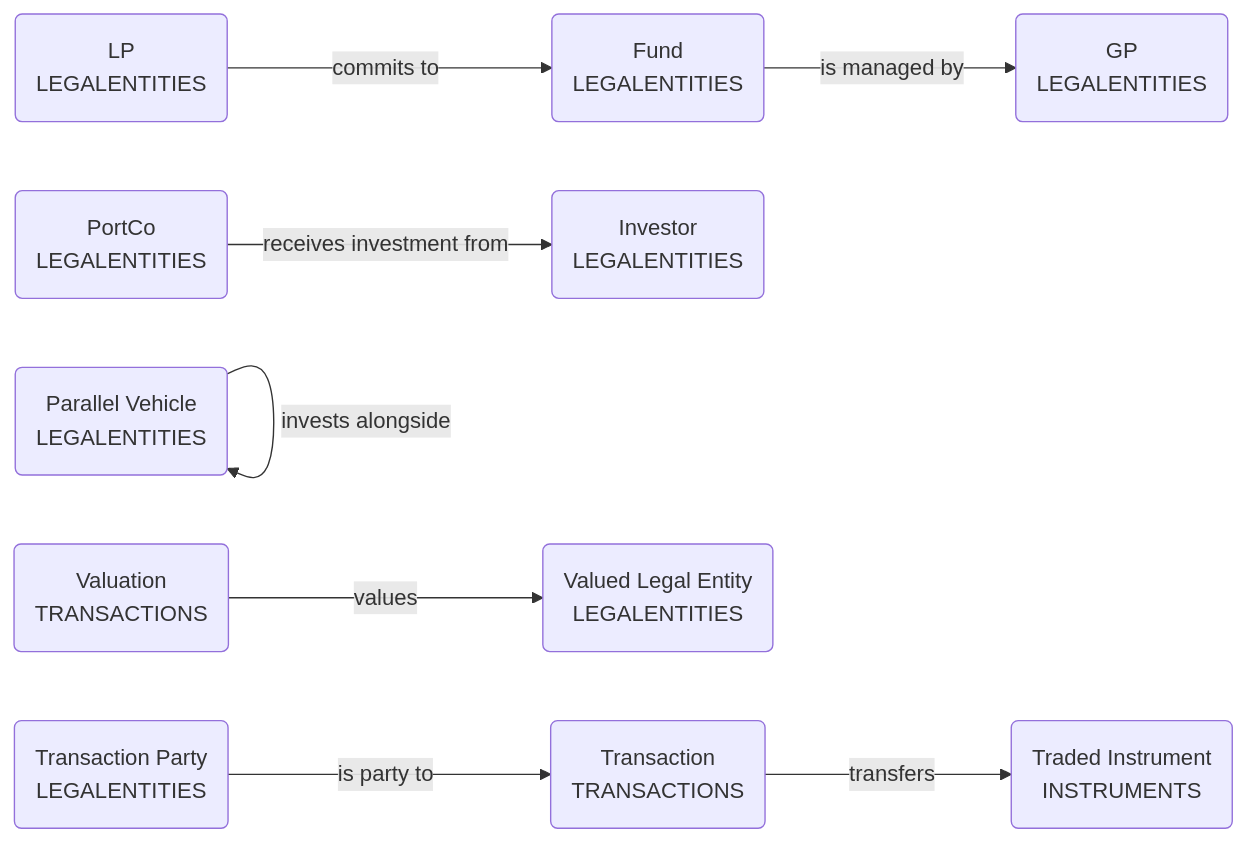
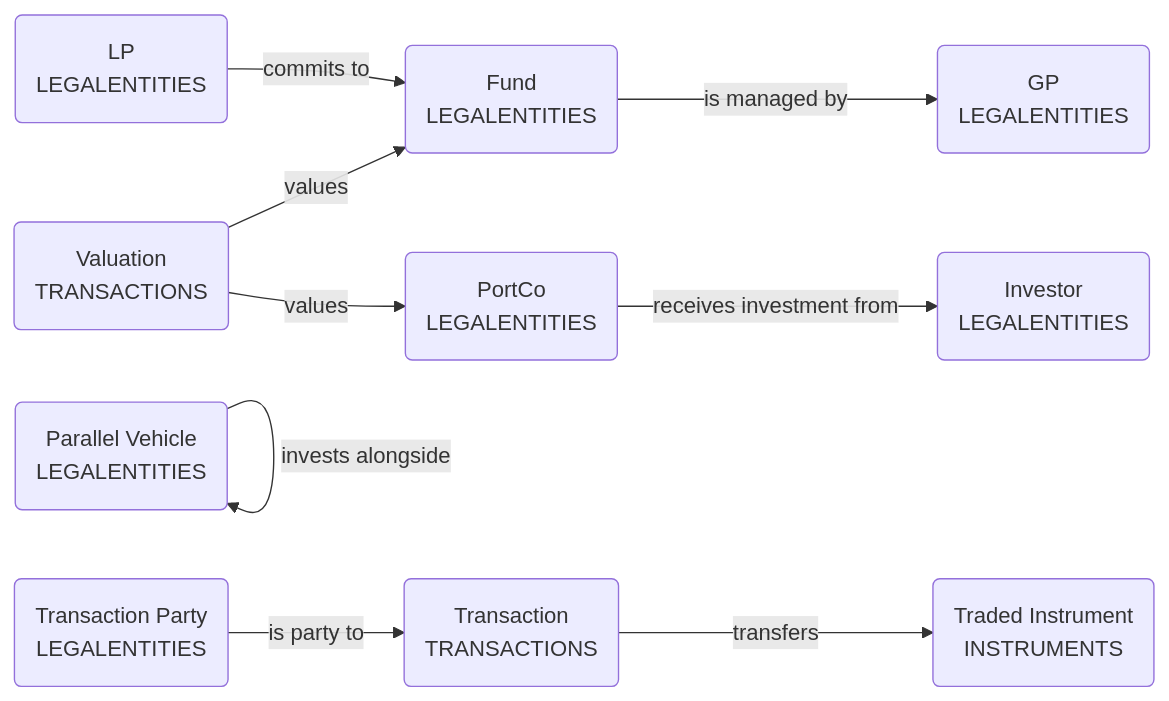
Before and after one commit to M-A-Operating-System/shared-work: the second of 5 diagrams in docs/data-models/private-equity/private-equity-data-design-document.md, drawn with Mermaid. The commit also changed other lines of this file and 6 other files, not shown here.

````diff
--- a/docs/data-models/private-equity/private-equity-data-design-document.md
+++ b/docs/data-models/private-equity/private-equity-data-design-document.md
@@ -1065,21 +1067,21 @@
 ```mermaid
 flowchart LR
   ROL001("Fund<br>LEGALENTITIES")
   ROL002("GP<br>LEGALENTITIES")
   ROL003("LP<br>LEGALENTITIES")
   ROL004("Investor<br>LEGALENTITIES")
   ROL005("PortCo<br>LEGALENTITIES")
   ROL006("Parallel Vehicle<br>LEGALENTITIES")
   ROL007("Transaction<br>TRANSACTIONS")
   ROL008("Transaction Party<br>LEGALENTITIES")
   ROL010("Traded Instrument<br>INSTRUMENTS")
   ROL011("Valuation<br>TRANSACTIONS")
-  ROL012("Valued Legal Entity<br>LEGALENTITIES")
   ROL001 -->|"is managed by"| ROL002
   ROL003 -->|"commits to"| ROL001
   ROL005 -->|"receives investment from"| ROL004
   ROL006 -->|"invests alongside"| ROL006
   ROL008 -->|"is party to"| ROL007
   ROL007 -->|"transfers"| ROL010
-  ROL011 -->|"values"| ROL012
+  ROL011 -->|"values"| ROL001
+  ROL011 -->|"values"| ROL005
 ```
````
